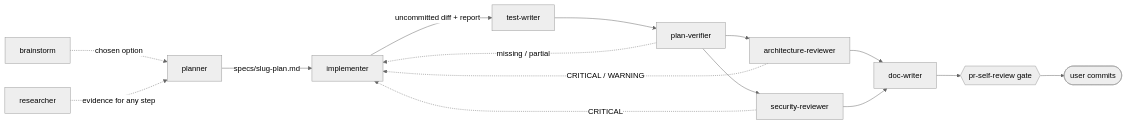
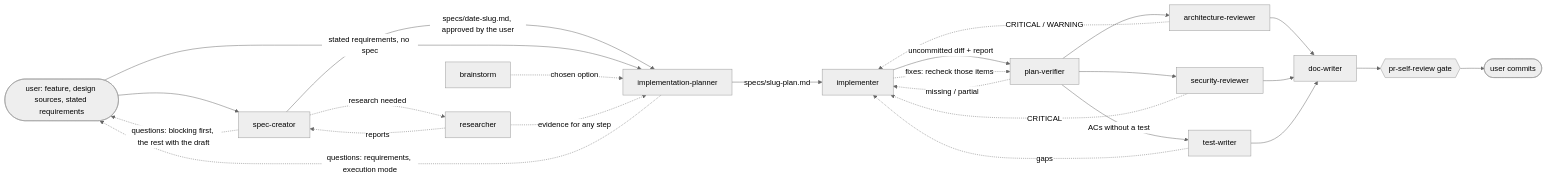
One commit to vklyovsa/dev-digest changed the diagram in .claude/agents/README.md. Above: the diagram before and after it, drawn with Mermaid (neutral theme). The commit also changed other lines of this file and 141 other files, not shown here.

````diff
--- a/.claude/agents/README.md
+++ b/.claude/agents/README.md
@@ -9,17 +9,27 @@
 ```mermaid
 flowchart LR
+  requirements([user: feature, design sources, stated requirements]) --> speccreator[spec-creator]
+  speccreator -. questions: blocking first, the rest with the draft .-> requirements
+  speccreator -->|specs/date-slug.md, approved by the user| planner[implementation-planner]
+  requirements -->|stated requirements, no spec| planner
+  planner -. questions: requirements, execution mode .-> requirements
   brainstorm -. chosen option .-> planner
   planner -->|specs/slug-plan.md| implementer
-  implementer -->|uncommitted diff + report| testwriter[test-writer]
-  testwriter --> verifier[plan-verifier]
+  implementer -->|uncommitted diff + report| verifier[plan-verifier]
   verifier --> arch[architecture-reviewer]
   verifier --> security[security-reviewer]
+  verifier -->|ACs without a test| testwriter[test-writer]
   arch --> docwriter[doc-writer]
   security --> docwriter
+  testwriter --> docwriter
   docwriter --> gate{{pr-self-review gate}}
   gate --> user([user commits])
   verifier -. missing / partial .-> implementer
   arch -. CRITICAL / WARNING .-> implementer
   security -. CRITICAL .-> implementer
+  testwriter -. gaps .-> implementer
+  implementer -. fixes: recheck those items .-> verifier
   researcher -. evidence for any step .-> planner
+  speccreator -. research needed .-> researcher
+  researcher -. reports .-> speccreator
 ```
````
